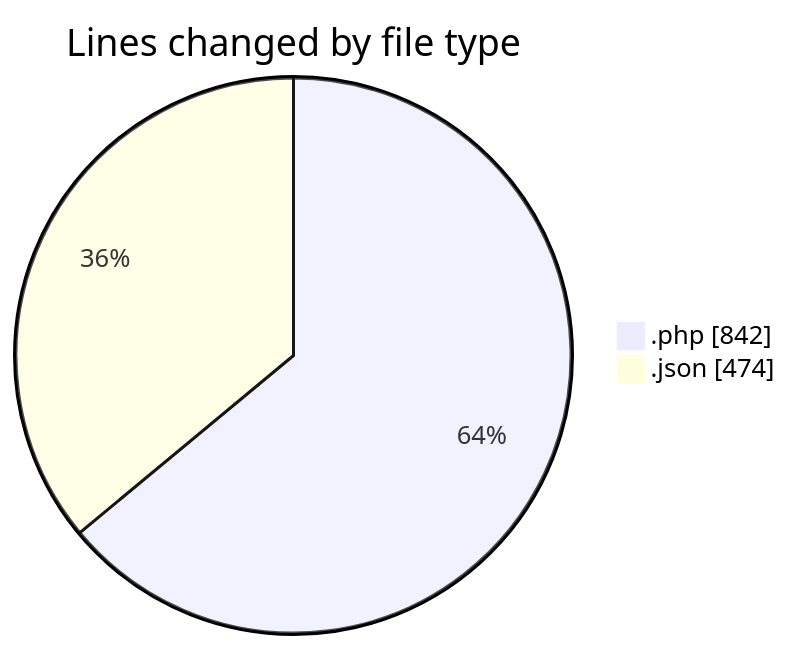
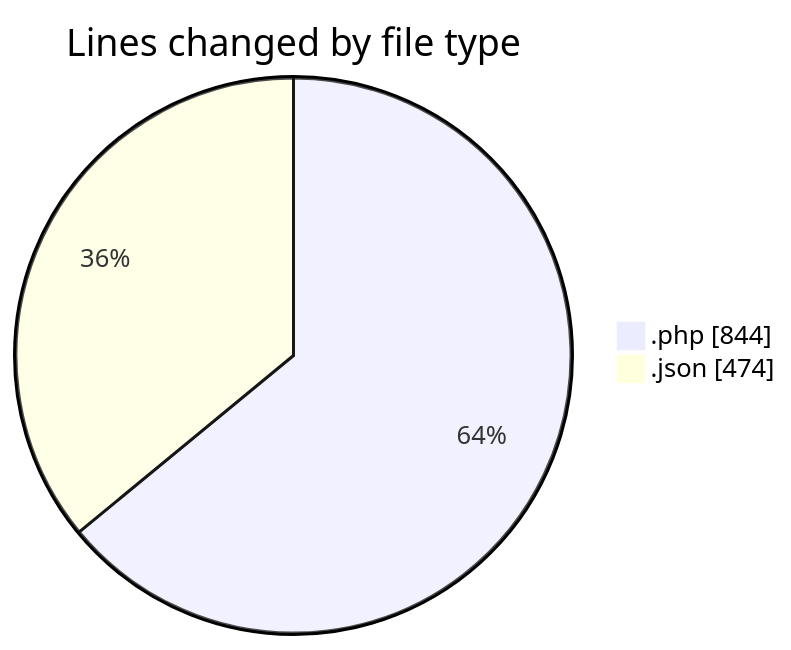
Before and after one commit to idhammustaqopulfikri/code-tracking: the first of 2 diagrams in 2025-05-16/booking/README.md, drawn with Mermaid. The commit also changed other lines of this file and 1 other file, not shown here.

````diff
--- a/2025-05-16/booking/README.md
+++ b/2025-05-16/booking/README.md
@@ -39,6 +39,6 @@
 ```mermaid
 pie showData
 title Lines changed by file type
-".php" : 842
+".php" : 844
 ".json" : 474
 ```
````
